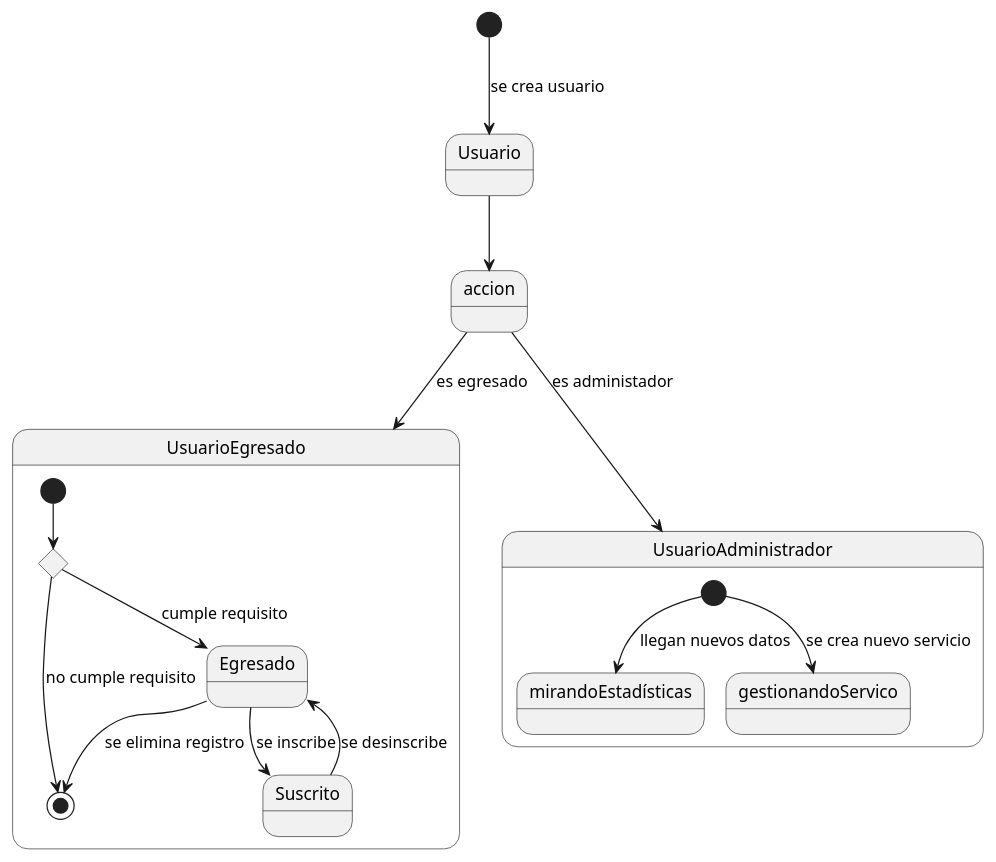
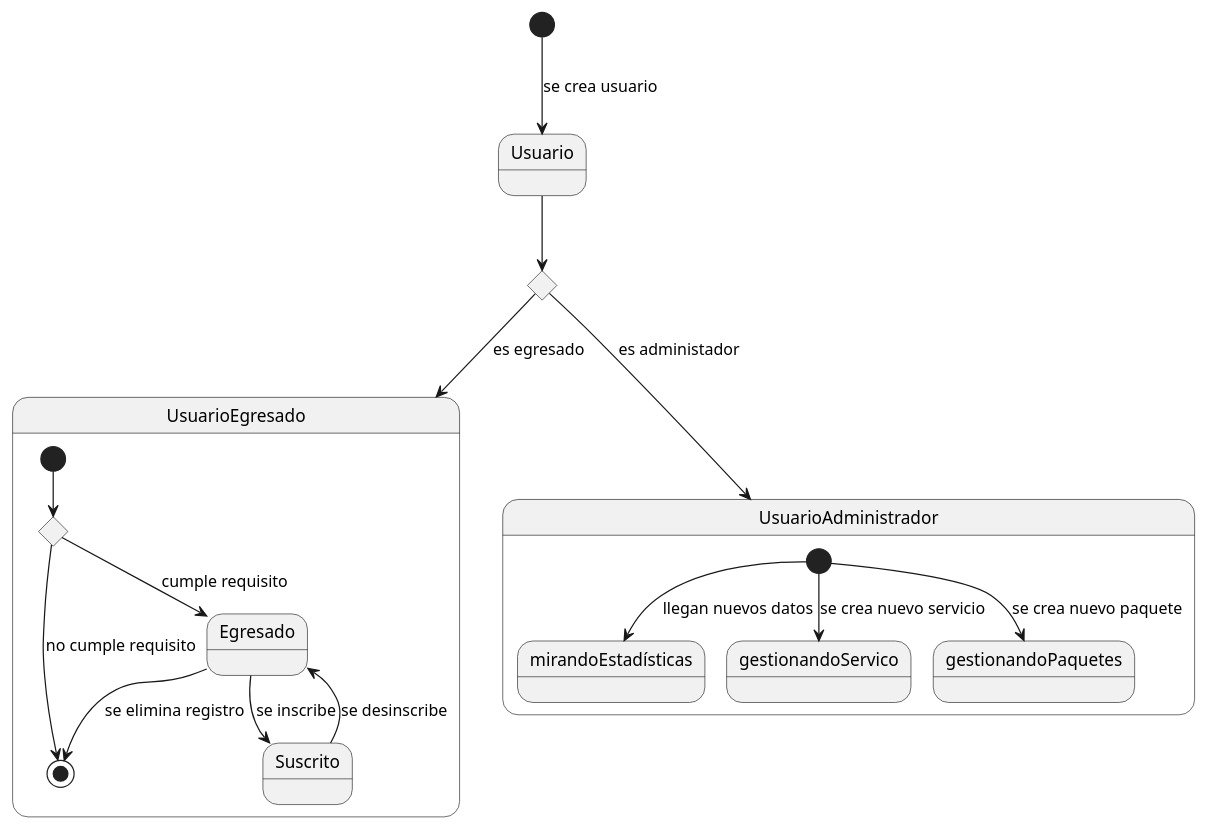
One commit to mmasias/23-24-IdSw1-SDR changed the diagram in Diagramas_de_Estado/Segunda_Iteración/Usuario/Diagrama_de_Estados_Ususario.puml. Above: the diagram before and after it, drawn with PlantUML.

Commit message:
Corregir errata

```diff
--- a/Diagramas_de_Estado/Segunda_Iteración/Usuario/Diagrama_de_Estados_Ususario.puml
+++ b/Diagramas_de_Estado/Segunda_Iteración/Usuario/Diagrama_de_Estados_Ususario.puml
@@ -1,20 +1,22 @@
 [*] --> Usuario : se crea usuario
+State accion <<choice>>
 Usuario --> accion
 accion --> UsuarioEgresado : es egresado
 accion --> UsuarioAdministrador : es administador
 state UsuarioEgresado{
 State accion1 <<choice>>
 [*]-->accion1
 accion1 --> [*] : no cumple requisito
 accion1 --> Egresado : cumple requisito
 Egresado --> [*] : se elimina registro
 Egresado --> Suscrito : se inscribe
 Suscrito--> Egresado: se desinscribe
 }
 state UsuarioAdministrador{
 [*]--> mirandoEstadísticas : llegan nuevos datos
 [*]-->gestionandoServico : se crea nuevo servicio
+[*]-->gestionandoPaquetes : se crea nuevo paquete
 }
 
 
 @enduml
```
